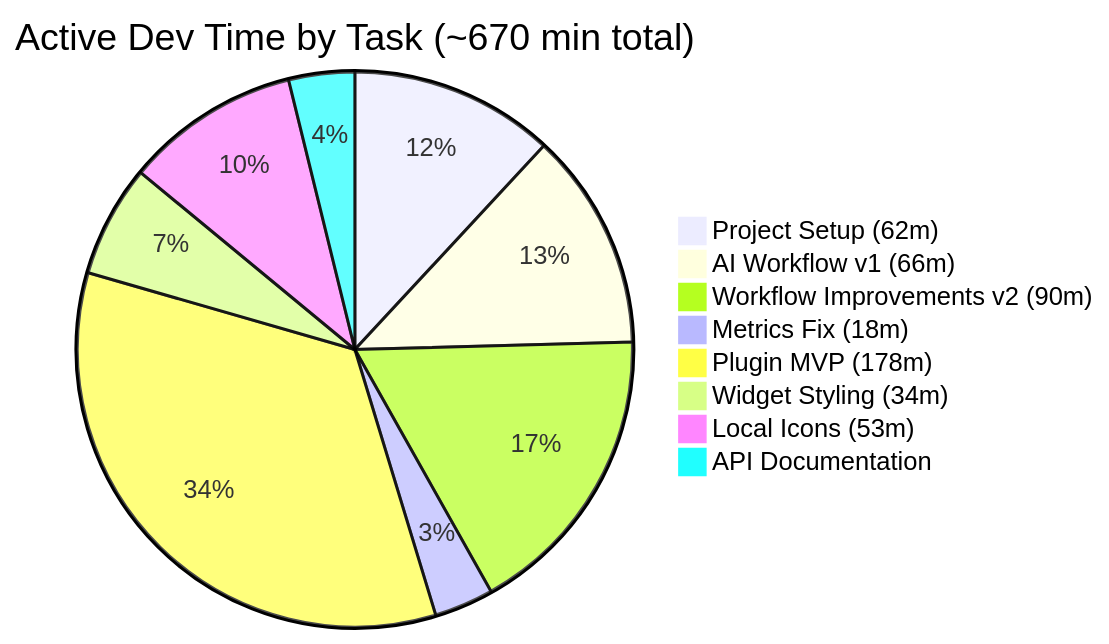
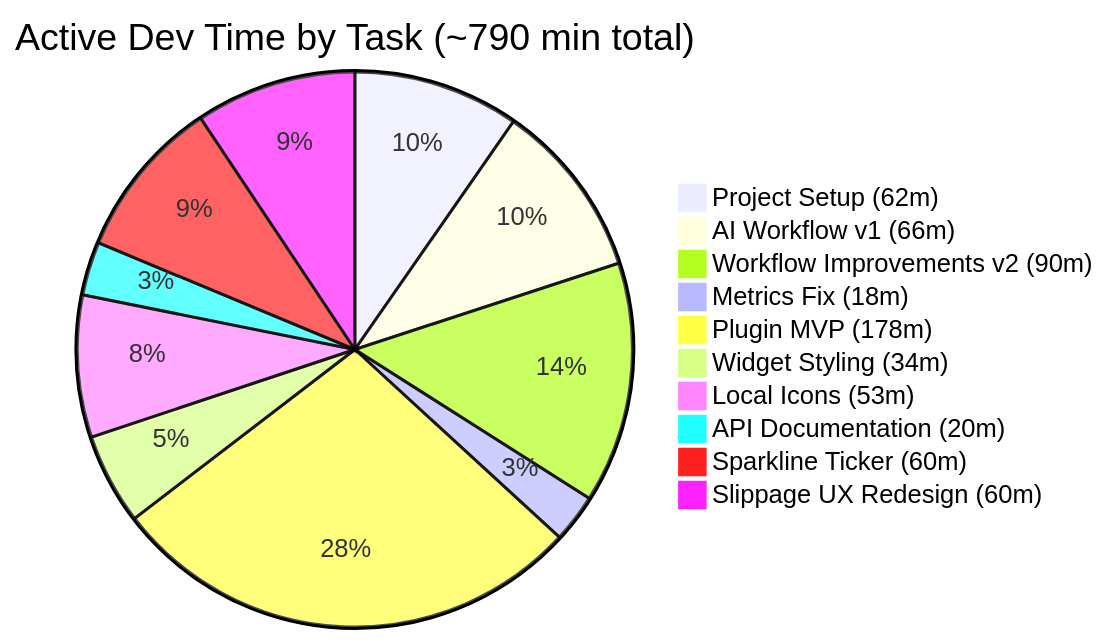
The first of 7 diagrams in README.md (atlantdak/claude-code-hackathon-xbo-market-kit), drawn with Mermaid before and after one commit. The commit also changed other lines of this file and 3 other files, not shown here.

````diff
--- a/README.md
+++ b/README.md
@@ -58,11 +58,13 @@
 ```mermaid
-pie title Active Dev Time by Task (~670 min total)
+pie title Active Dev Time by Task (~790 min total)
     "Project Setup (62m)" : 62
     "AI Workflow v1 (66m)" : 66
     "Workflow Improvements v2 (90m)" : 90
     "Metrics Fix (18m)" : 18
     "Plugin MVP (178m)" : 178
     "Widget Styling (34m)" : 34
     "Local Icons (53m)" : 53
-    "API Documentation" : 20
+    "API Documentation (20m)" : 20
+    "Sparkline Ticker (60m)" : 60
+    "Slippage UX Redesign (60m)" : 60
 ```
````
